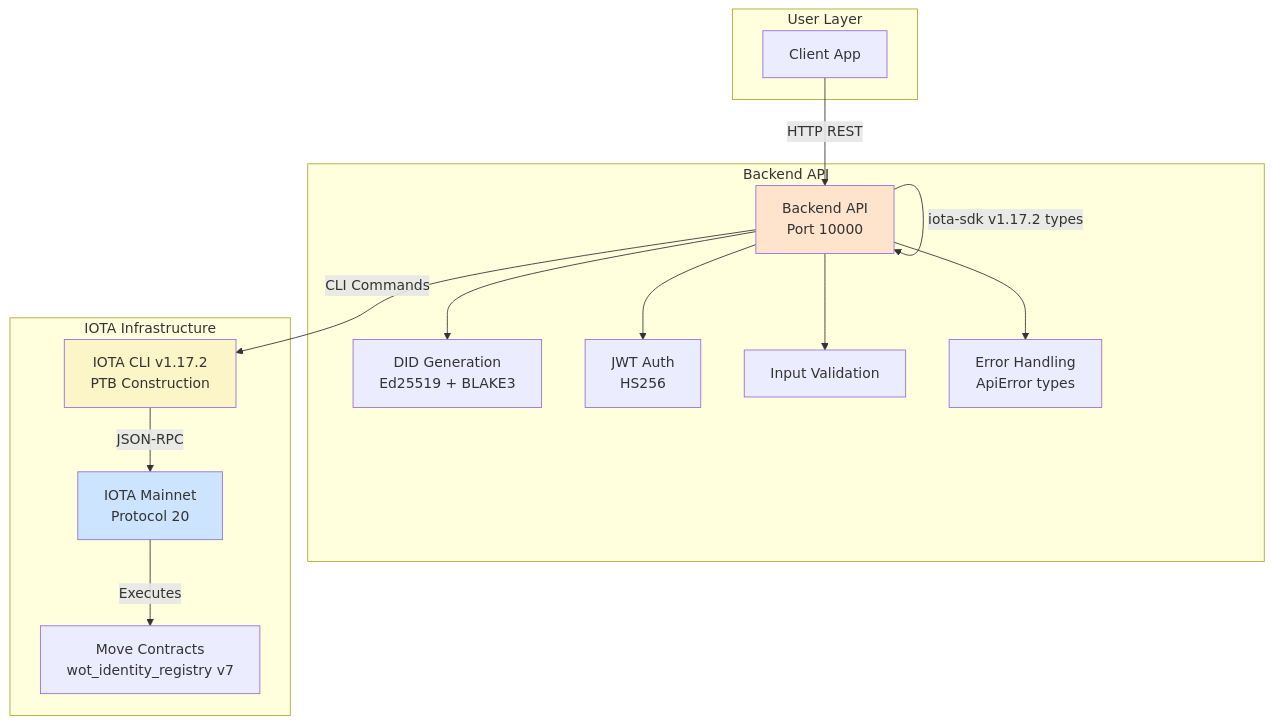
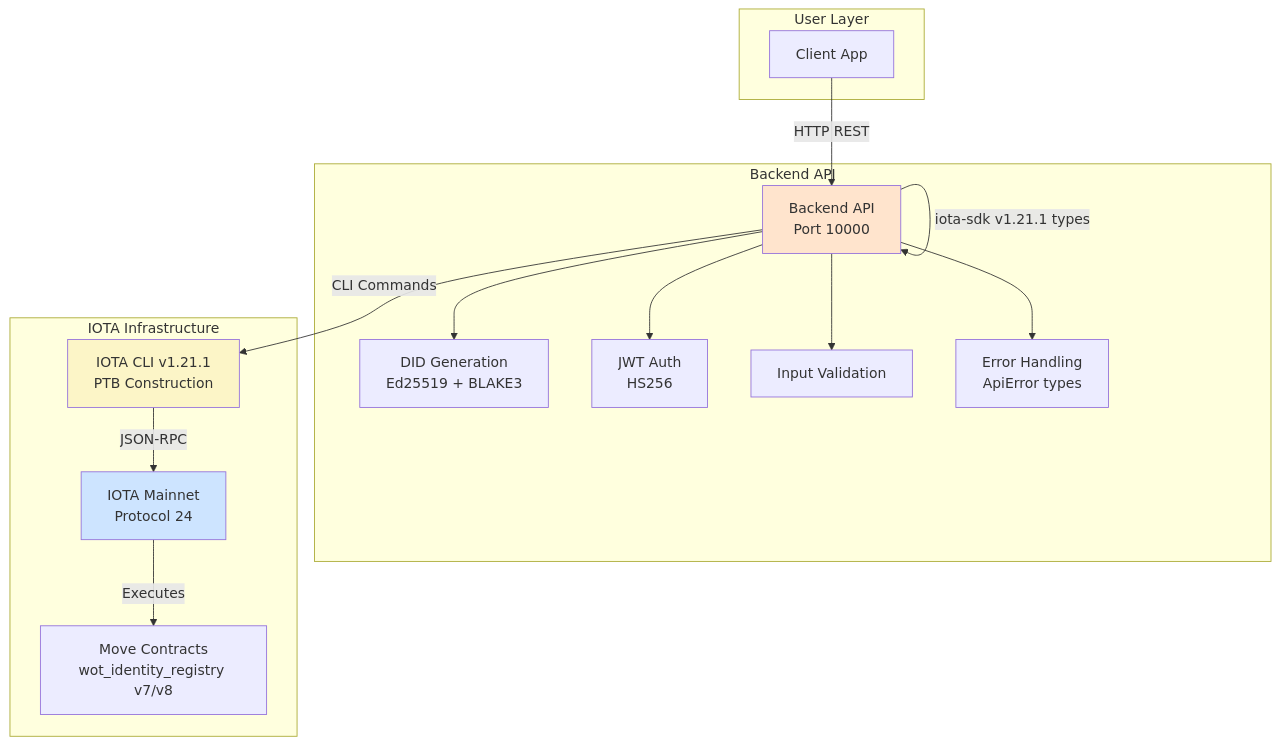
One commit to theweboftrust/wot.id-public-docs changed the first of 4 diagrams in 04_Backend_And_Identity_Service.md. Above: the diagram before and after it, drawn with Mermaid. The commit also changed other lines of this file, not shown here.

````diff
--- a/04_Backend_And_Identity_Service.md
+++ b/04_Backend_And_Identity_Service.md
@@ -42,34 +44,34 @@
 ```mermaid
 graph TD
     subgraph User Layer
         Client[Client App]
     end
 
     subgraph Backend API
         Backend[Backend API<br/>Port 10000]
         DID[DID Generation<br/>Ed25519 + BLAKE3]
         Auth[JWT Auth<br/>HS256]
         Validation[Input Validation]
         ErrorHandling[Error Handling<br/>ApiError types]
     end
 
     subgraph IOTA Infrastructure
-        Mainnet[IOTA Mainnet<br/>Protocol 20]
-        CLI[IOTA CLI v1.17.2<br/>PTB Construction]
-        Contracts[Move Contracts<br/>wot_identity_registry v7]
+        Mainnet[IOTA Mainnet<br/>Protocol 24]
+        CLI[IOTA CLI v1.21.1<br/>PTB Construction]
+        Contracts[Move Contracts<br/>wot_identity_registry v7/v8]
     end
 
     Client -- HTTP REST --> Backend
     Backend --> DID
     Backend --> Auth
     Backend --> Validation
     Backend --> ErrorHandling
     Backend -- CLI Commands --> CLI
     CLI -- JSON-RPC --> Mainnet
     Mainnet -- Executes --> Contracts
-    Backend -- iota-sdk v1.17.2 types --> Backend
+    Backend -- iota-sdk v1.21.1 types --> Backend
 
     style Backend fill:#ffe4cd
     style Mainnet fill:#cde4ff
     style CLI fill:#fcf5c7
 ```
````
